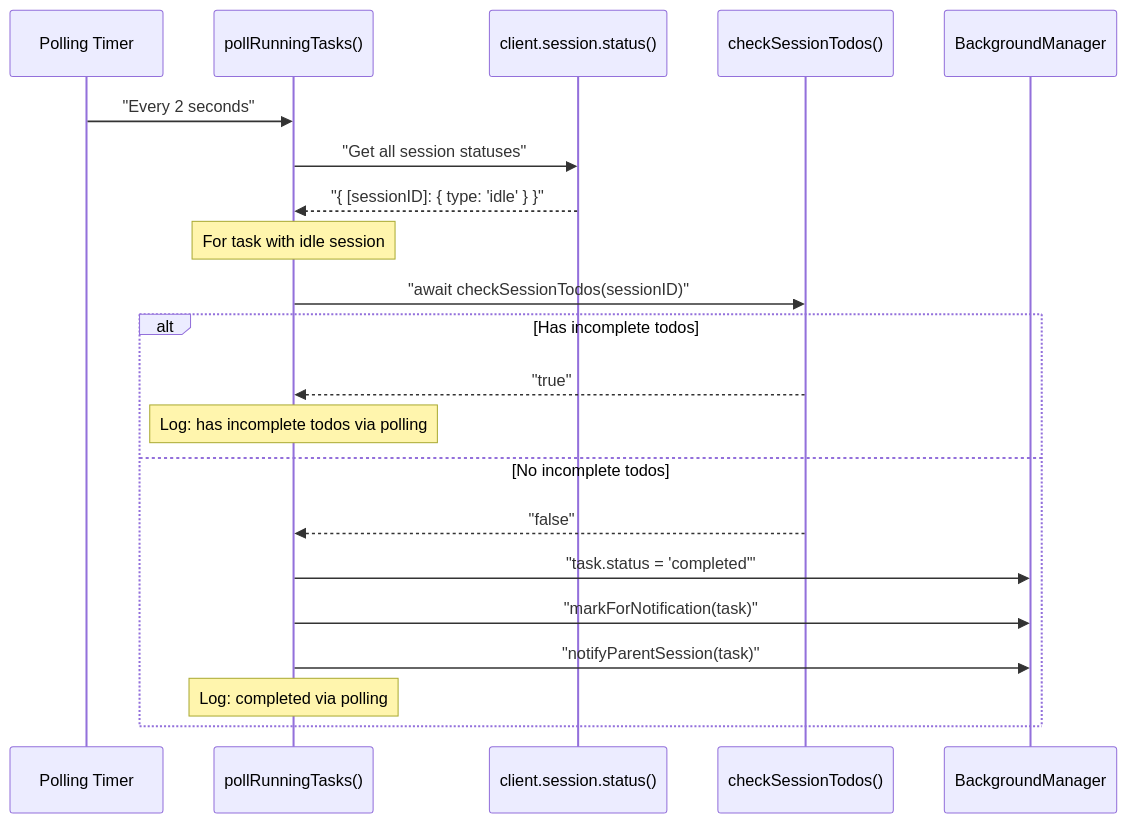
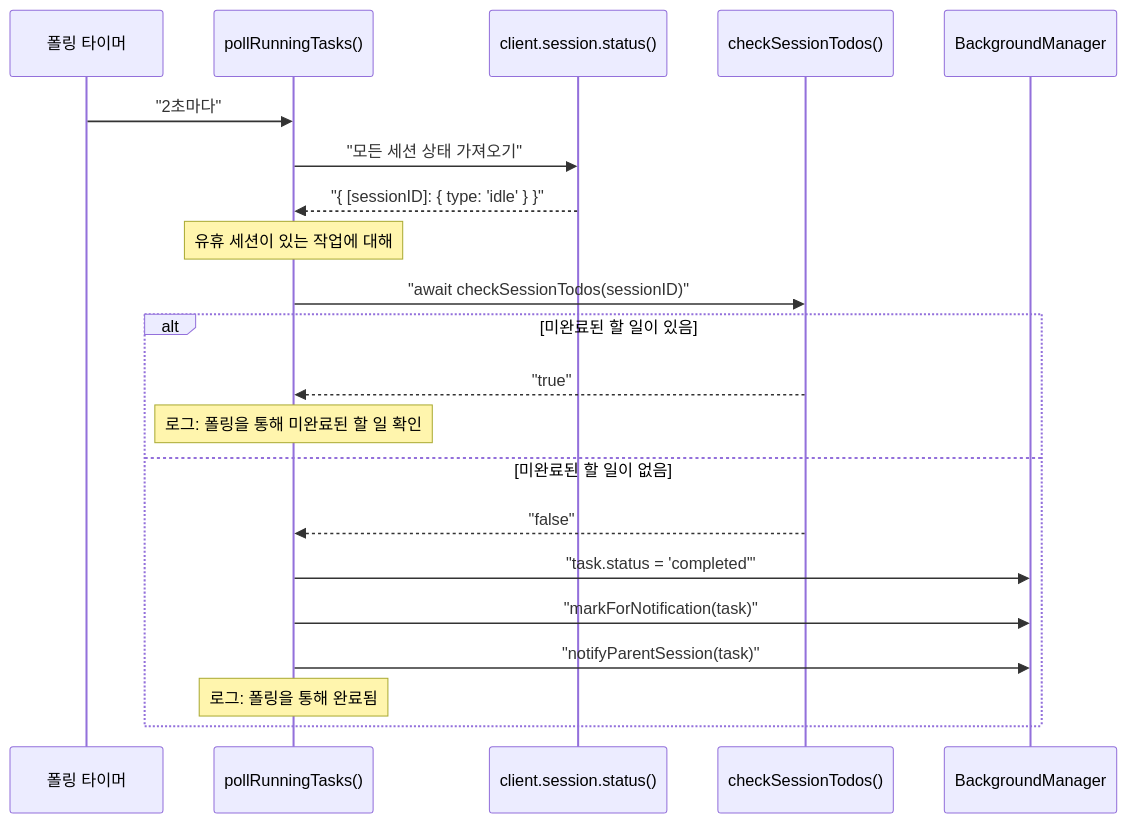
The tenth of 14 diagrams in docs/background-execution/task-execution-and-polling.md (felipetruman/oh-my-opencode-docs), drawn with Mermaid before and after one commit. The commit also changed other lines of this file and 76 other files, not shown here.

````diff
--- a/docs/background-execution/task-execution-and-polling.md
+++ b/docs/background-execution/task-execution-and-polling.md
@@ -378,24 +378,24 @@
 ```mermaid
 sequenceDiagram
-  participant p1 as Polling Timer
+  participant p1 as 폴링 타이머
   participant p2 as pollRunningTasks()
   participant p3 as client.session.status()
   participant p4 as checkSessionTodos()
   participant p5 as BackgroundManager
 
-  p1->>p2: "Every 2 seconds"
-  p2->>p3: "Get all session statuses"
+  p1->>p2: "2초마다"
+  p2->>p3: "모든 세션 상태 가져오기"
   p3-->>p2: "{ [sessionID]: { type: 'idle' } }"
-  note over p2: For task with idle session
+  note over p2: 유휴 세션이 있는 작업에 대해
   p2->>p4: "await checkSessionTodos(sessionID)"
-  alt Has incomplete todos
+  alt 미완료된 할 일이 있음
     p4-->>p2: "true"
-    note over p2: Log: has incomplete todos via polling
-  else No incomplete todos
+    note over p2: 로그: 폴링을 통해 미완료된 할 일 확인
+  else 미완료된 할 일이 없음
     p4-->>p2: "false"
     p2->>p5: "task.status = 'completed'"
     p2->>p5: "markForNotification(task)"
     p2->>p5: "notifyParentSession(task)"
-    note over p2: Log: completed via polling
+    note over p2: 로그: 폴링을 통해 완료됨
   end
 ```
````
